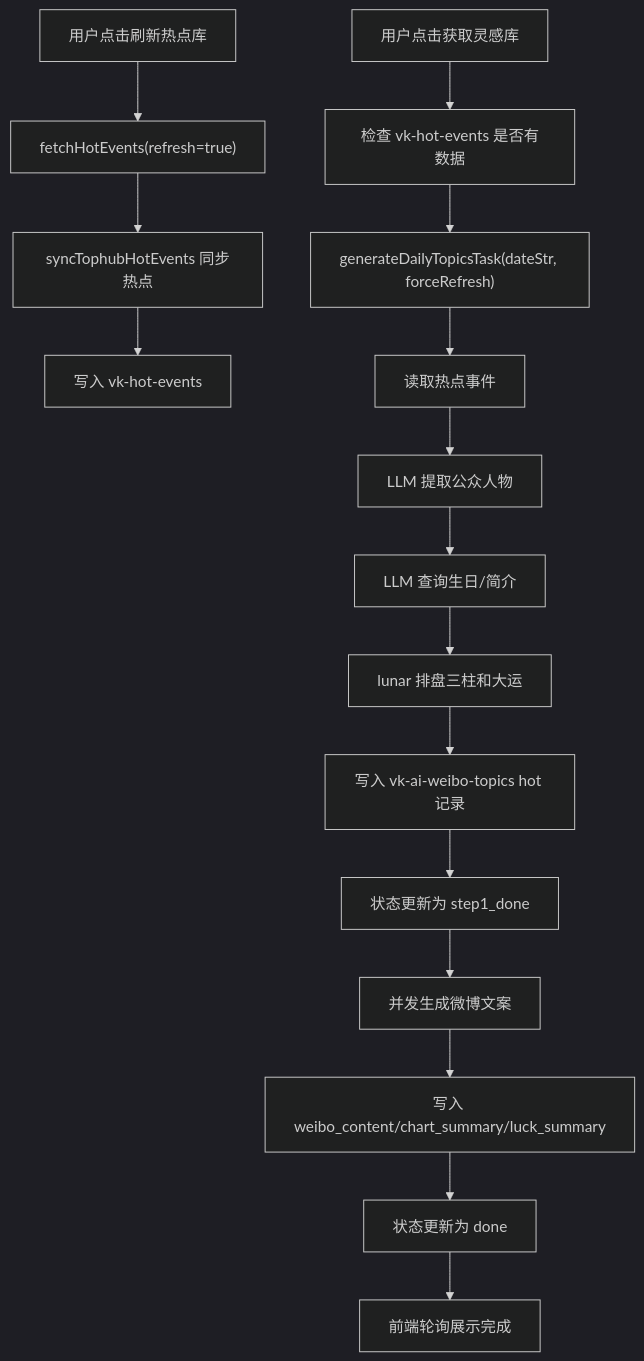
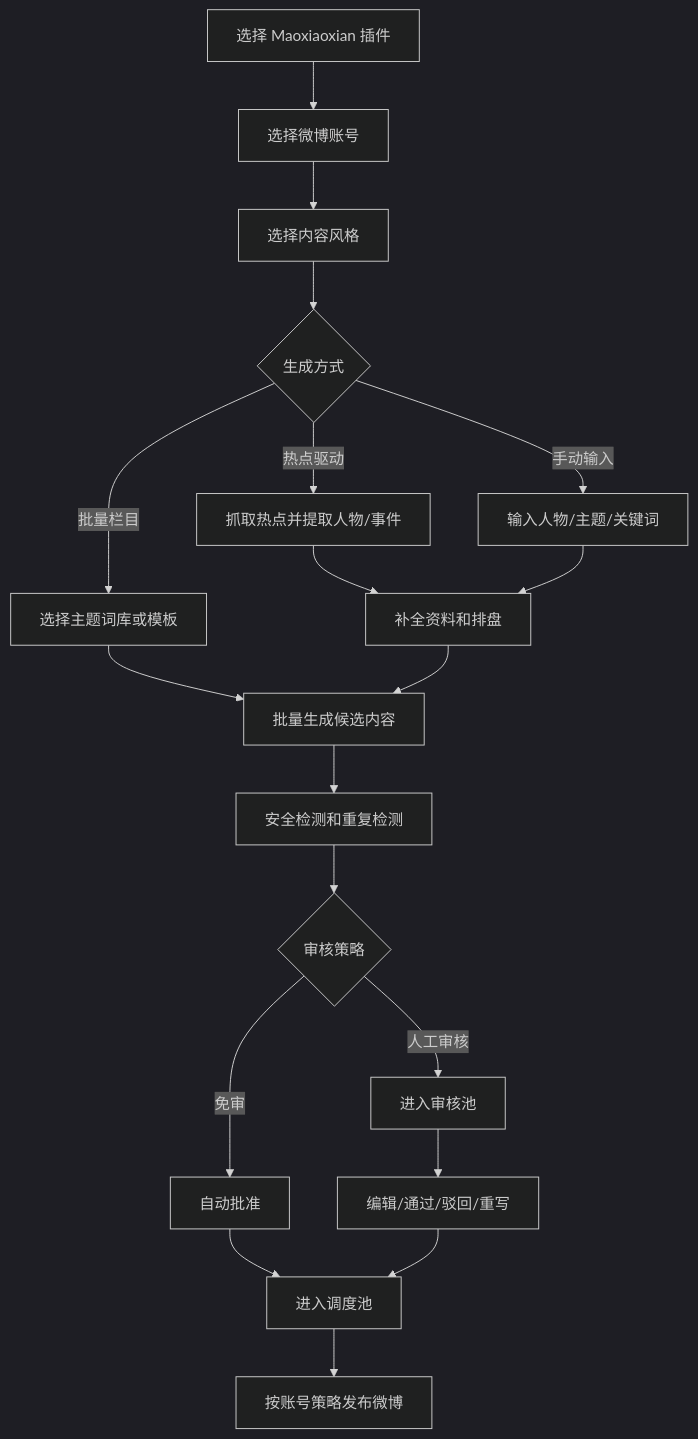
One commit to snwyq/0worker_desk changed the diagram in maoxiaoxian-ai-weibo-prd.md. Above: the diagram before and after it, drawn with Mermaid (dark theme). The commit also changed other lines of this file and 38 other files, not shown here.

````diff
--- a/maoxiaoxian-ai-weibo-prd.md
+++ b/maoxiaoxian-ai-weibo-prd.md
@@ -174,18 +76,21 @@
 ```mermaid
 flowchart TD
-  A["用户点击刷新热点库"] --> B["fetchHotEvents(refresh=true)"]
-  B --> C["syncTophubHotEvents 同步热点"]
-  C --> D["写入 vk-hot-events"]
-  E["用户点击获取灵感库"] --> F["检查 vk-hot-events 是否有数据"]
-  F --> G["generateDailyTopicsTask(dateStr, forceRefresh)"]
-  G --> H["读取热点事件"]
-  H --> I["LLM 提取公众人物"]
-  I --> J["LLM 查询生日/简介"]
-  J --> K["lunar 排盘三柱和大运"]
-  K --> L["写入 vk-ai-weibo-topics hot 记录"]
-  L --> M["状态更新为 step1_done"]
-  M --> N["并发生成微博文案"]
-  N --> O["写入 weibo_content/chart_summary/luck_summary"]
-  O --> P["状态更新为 done"]
-  P --> Q["前端轮询展示完成"]
+  A["选择 Maoxiaoxian 插件"] --> B["选择微博账号"]
+  B --> C["选择内容风格"]
+  C --> D{"生成方式"}
+  D -->|热点驱动| E["抓取热点并提取人物/事件"]
+  D -->|手动输入| F["输入人物/主题/关键词"]
+  D -->|批量栏目| G["选择主题词库或模板"]
+  E --> H["补全资料和排盘"]
+  F --> H
+  G --> I["批量生成候选内容"]
+  H --> I
+  I --> J["安全检测和重复检测"]
+  J --> K{"审核策略"}
+  K -->|人工审核| L["进入审核池"]
+  K -->|免审| M["自动批准"]
+  L --> N["编辑/通过/驳回/重写"]
+  M --> O["进入调度池"]
+  N --> O
+  O --> P["按账号策略发布微博"]
 ```
````
